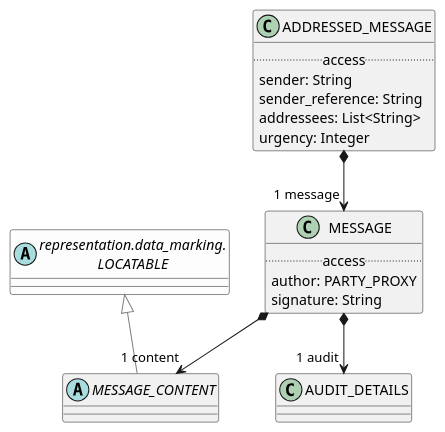
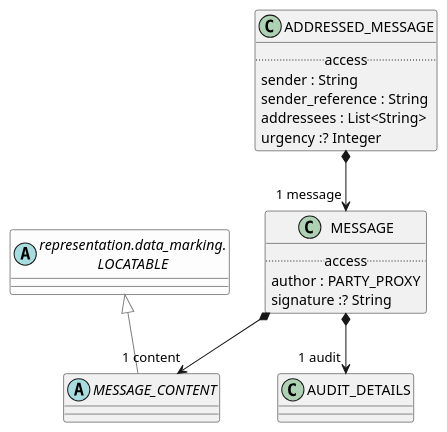
Before and after one commit to wolandscat/openehr-doc: the diagram in modules/ROOT/examples/bmm/domain-healthcare/ehr_extract/message/message-package-uml.adoc, drawn with PlantUML. The commit also changed 1814 other files, not shown here.

```diff
--- a/modules/ROOT/examples/bmm/domain-healthcare/ehr_extract/message/message-package-uml.adoc
+++ b/modules/ROOT/examples/bmm/domain-healthcare/ehr_extract/message/message-package-uml.adoc
@@ -3,37 +3,35 @@
 [plantuml,opts=interactive,link=self]
 ....
 skinparam groupInheritance 2
 skinparam citedClassColor #FDFDFD
 
 
 abstract class MESSAGE_CONTENT [[/openehr-doc/latest/domain-healthcare/ehr_extract-gen.html#_class_message_content]] {
 }
 
 MESSAGE_CONTENT -[#gray]up-|> LOCATABLE  
 
 
 class ADDRESSED_MESSAGE [[/openehr-doc/latest/domain-healthcare/ehr_extract-gen.html#_class_addressed_message]] {
         .. access ..
-        sender: String
-        sender_reference: String
-        addressees: List<String>
-        urgency: Integer
+        sender : String
+        sender_reference : String
+        addressees : List<String>
+        urgency :? Integer
 }
-
 
 ADDRESSED_MESSAGE *--> "1 message" MESSAGE
 
 class MESSAGE [[/openehr-doc/latest/domain-healthcare/ehr_extract-gen.html#_class_message]] {
         .. access ..
-        author: PARTY_PROXY
-        signature: String
+        author : PARTY_PROXY
+        signature :? String
 }
-
 
 MESSAGE *--> "1 audit" AUDIT_DETAILS
 
 MESSAGE *--> "1 content" MESSAGE_CONTENT
 abstract class "representation.data_marking.\nLOCATABLE" as LOCATABLE  [[/openehr-doc/latest/representation/data_marking-gen.html#_class_locatable]] #FDFDFD {
 }
 
 ....
```
